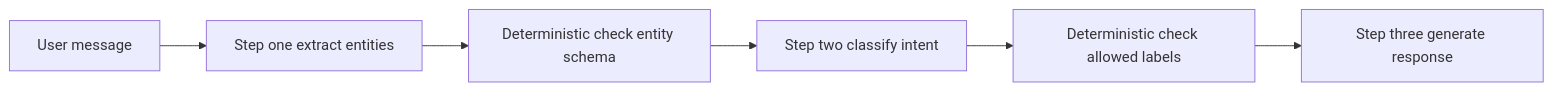
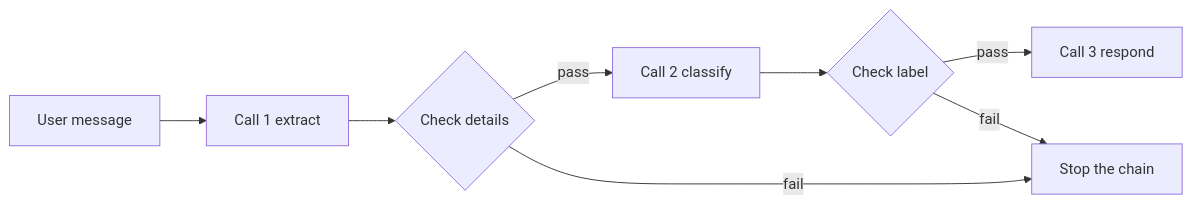
One commit to grafanaKibana/devbook.zip changed the diagram in Vault/Home/AI & ML/LLM/Prompt Engineering/Prompt Composition.md. Above: the diagram before and after it, drawn with Mermaid. The commit also changed other lines of this file and 14 other files, not shown here.

````diff
--- a/Vault/Home/AI & ML/LLM/Prompt Engineering/Prompt Composition.md
+++ b/Vault/Home/AI & ML/LLM/Prompt Engineering/Prompt Composition.md
@@ -46,8 +53,10 @@
 ```mermaid
 flowchart LR
-    A[User message] --> B[Step one extract entities]
-    B --> C[Deterministic check entity schema]
-    C --> D[Step two classify intent]
-    D --> E[Deterministic check allowed labels]
-    E --> F[Step three generate response]
+    A[User message] --> B[Call 1 extract]
+    B --> C{Check details}
+    C -->|pass| D[Call 2 classify]
+    D --> E{Check label}
+    E -->|pass| F[Call 3 respond]
+    C -->|fail| G[Stop the chain]
+    E -->|fail| G
 ```
````
